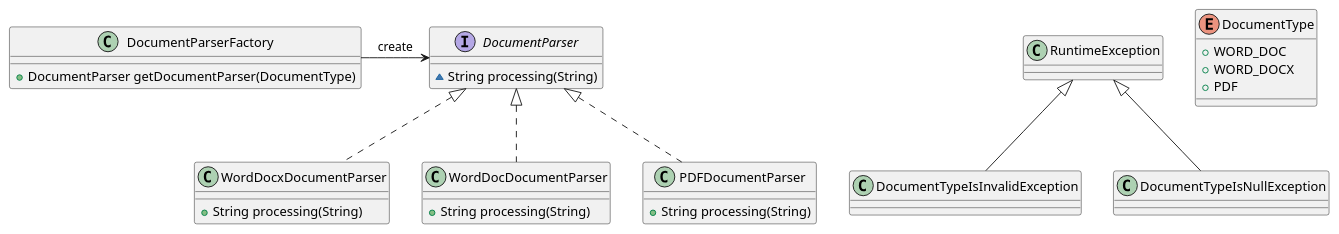
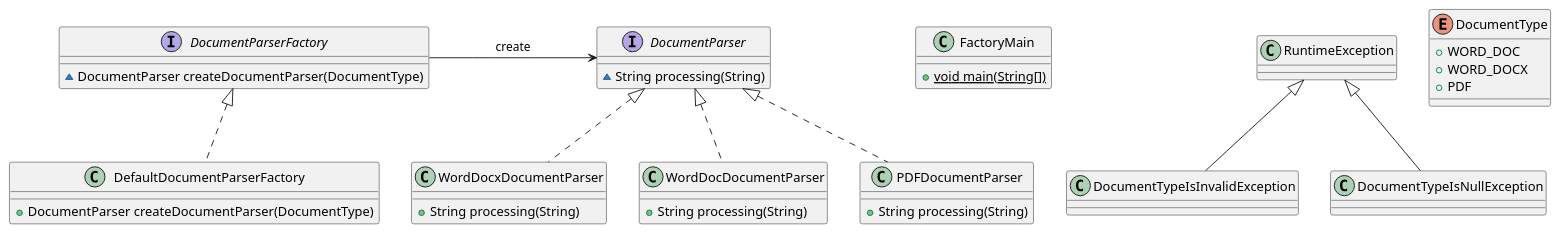
One commit to fofcn/design-pattern changed the diagram in factory/factory.puml. Above: the diagram before and after it, drawn with PlantUML. The commit also changed 1 other file, not shown here.

Commit message:
modify uml and uml png

```diff
--- a/factory/factory.puml
+++ b/factory/factory.puml
@@ -1,35 +1,42 @@
 @startuml
+class FactoryMain {
++ {static} void main(String[])
+}
 class WordDocxDocumentParser {
 + String processing(String)
+}
+class DefaultDocumentParserFactory {
++ DocumentParser createDocumentParser(DocumentType)
 }
 class WordDocDocumentParser {
 + String processing(String)
 }
 class DocumentTypeIsInvalidException {
 }
 class DocumentTypeIsNullException {
 }
 class PDFDocumentParser {
 + String processing(String)
 }
-class DocumentParserFactory {
-+ DocumentParser getDocumentParser(DocumentType)
+interface DocumentParserFactory {
+~ DocumentParser createDocumentParser(DocumentType)
 }
 enum DocumentType {
 +  WORD_DOC
 +  WORD_DOCX
 +  PDF
 }
 interface DocumentParser {
 ~ String processing(String)
 }
 
+
+DocumentParser <|.. WordDocxDocumentParser
+DocumentParserFactory <|.. DefaultDocumentParserFactory
+DocumentParser <|.. WordDocDocumentParser
 RuntimeException <|-- DocumentTypeIsInvalidException
 RuntimeException <|-- DocumentTypeIsNullException
-DocumentParser <|.. WordDocxDocumentParser
-DocumentParser <|.. WordDocDocumentParser
 DocumentParser <|.. PDFDocumentParser
 
 DocumentParserFactory -> DocumentParser: create
-
 @enduml
```
